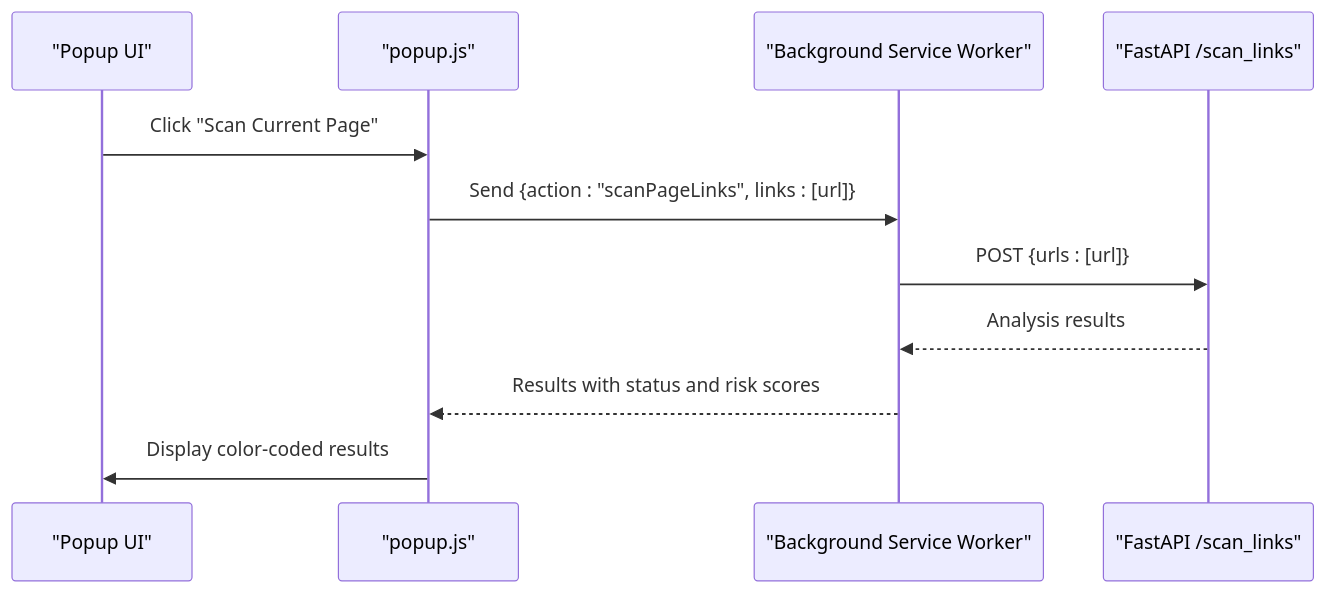
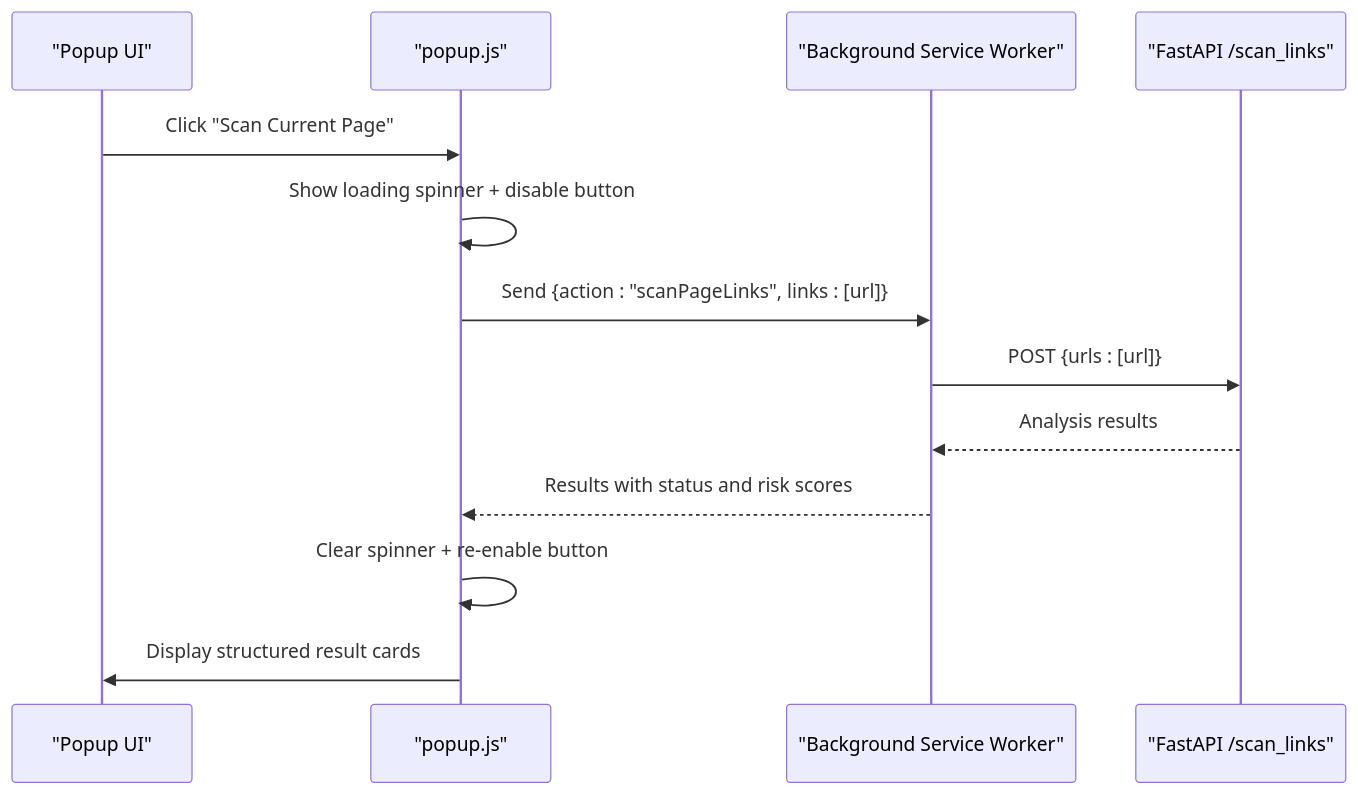
One commit to Aymanaahh/scrollguard-ai changed the fifth of 7 diagrams in .qoder/repowiki/en/content/Chrome Extension Development.md. Above: the diagram before and after it, drawn with Mermaid. The commit also changed other lines of this file and 18 other files, not shown here.

````diff
--- a/.qoder/repowiki/en/content/Chrome Extension Development.md
+++ b/.qoder/repowiki/en/content/Chrome Extension Development.md
@@ -259,13 +291,15 @@
 ```mermaid
 sequenceDiagram
 participant UI as "Popup UI"
 participant JS as "popup.js"
 participant BG as "Background Service Worker"
 participant API as "FastAPI /scan_links"
 UI->>JS : Click "Scan Current Page"
+JS->>JS : Show loading spinner + disable button
 JS->>BG : Send {action : "scanPageLinks", links : [url]}
 BG->>API : POST {urls : [url]}
 API-->>BG : Analysis results
 BG-->>JS : Results with status and risk scores
-JS->>UI : Display color-coded results
+JS->>JS : Clear spinner + re-enable button
+JS->>UI : Display structured result cards
 ```
````
